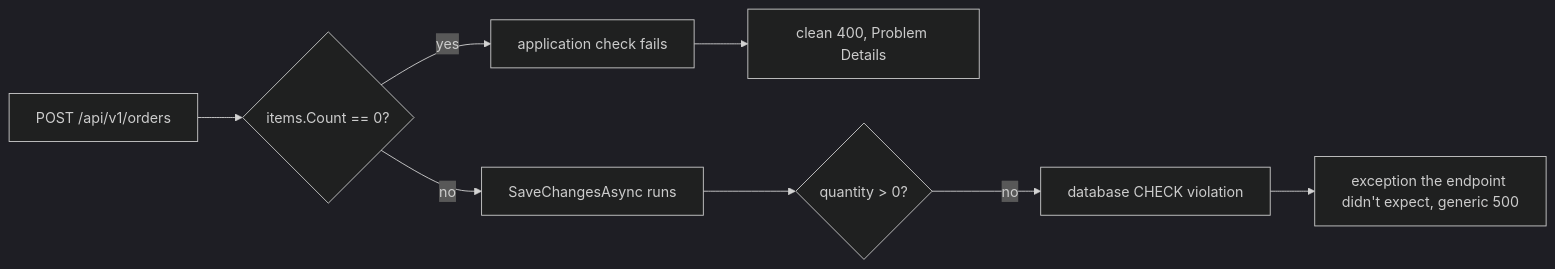
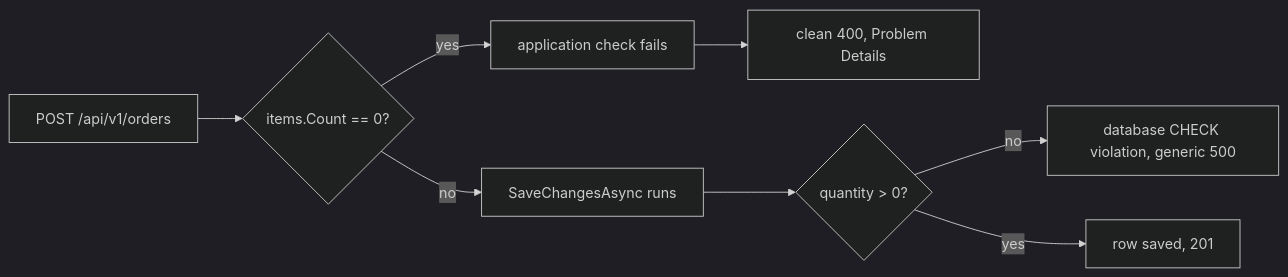
Before and after one commit to duyan11110/lo-trinh-architect: the diagram in content/tracks/backend/validation-errors-logging/backend.l1.validating-input.en.md, drawn with Mermaid (dark theme). The commit also changed other lines of this file and 2 other files, not shown here.

````diff
--- a/content/tracks/backend/validation-errors-logging/backend.l1.validating-input.en.md
+++ b/content/tracks/backend/validation-errors-logging/backend.l1.validating-input.en.md
@@ -41,10 +41,10 @@
 ```mermaid
 flowchart LR
   A[POST /api/v1/orders] --> B{items.Count == 0?}
   B -->|yes| C[application check fails]
   C --> D[clean 400, Problem Details]
   B -->|no| E[SaveChangesAsync runs]
   E --> F{quantity > 0?}
-  F -->|no| G[database CHECK violation]
-  G --> H[exception the endpoint didn't expect, generic 500]
+  F -->|no| G[database CHECK violation, generic 500]
+  F -->|yes| H[row saved, 201]
 ```
````
